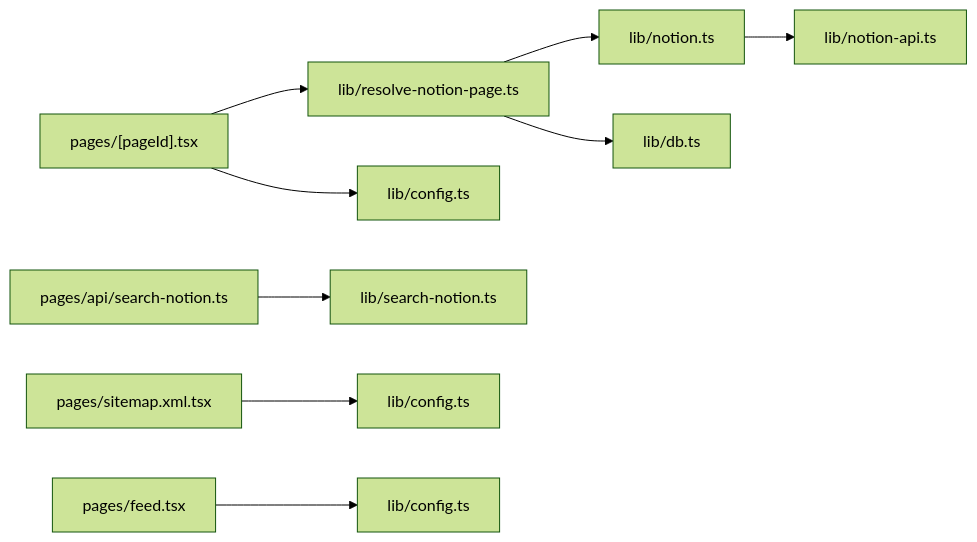
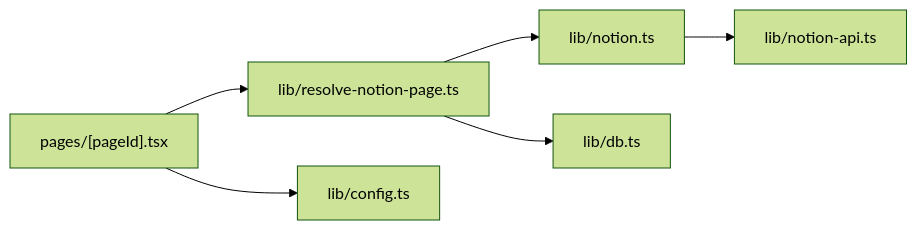
One commit to PhysicalMouse/nextjs-notion-starter-kit changed the fifth of 5 diagrams in .qoder/repowiki/zh/content/性能优化/缓存策略.md. Above: the diagram before and after it, drawn with Mermaid (forest theme). The commit also changed other lines of this file and 186 other files, not shown here.

````diff
--- a/.qoder/repowiki/zh/content/性能优化/缓存策略.md
+++ b/.qoder/repowiki/zh/content/性能优化/缓存策略.md
@@ -321,11 +293,8 @@
 ```mermaid
 graph LR
-A["pages/[pageId].tsx"] --> B["lib/resolve-notion-page.ts"]
-B --> C["lib/notion.ts"]
-C --> D["lib/notion-api.ts"]
-B --> E["lib/db.ts"]
-A --> F["lib/config.ts"]
-G["pages/api/search-notion.ts"] --> H["lib/search-notion.ts"]
-I["pages/sitemap.xml.tsx"] --> J["lib/config.ts"]
-K["pages/feed.tsx"] --> L["lib/config.ts"]
+Page["pages/[pageId].tsx"] --> Resolve["lib/resolve-notion-page.ts"]
+Resolve --> NotionLib["lib/notion.ts"]
+NotionLib --> NotionApi["lib/notion-api.ts"]
+Resolve --> DB["lib/db.ts"]
+Page --> Config["lib/config.ts"]
 ```
````
